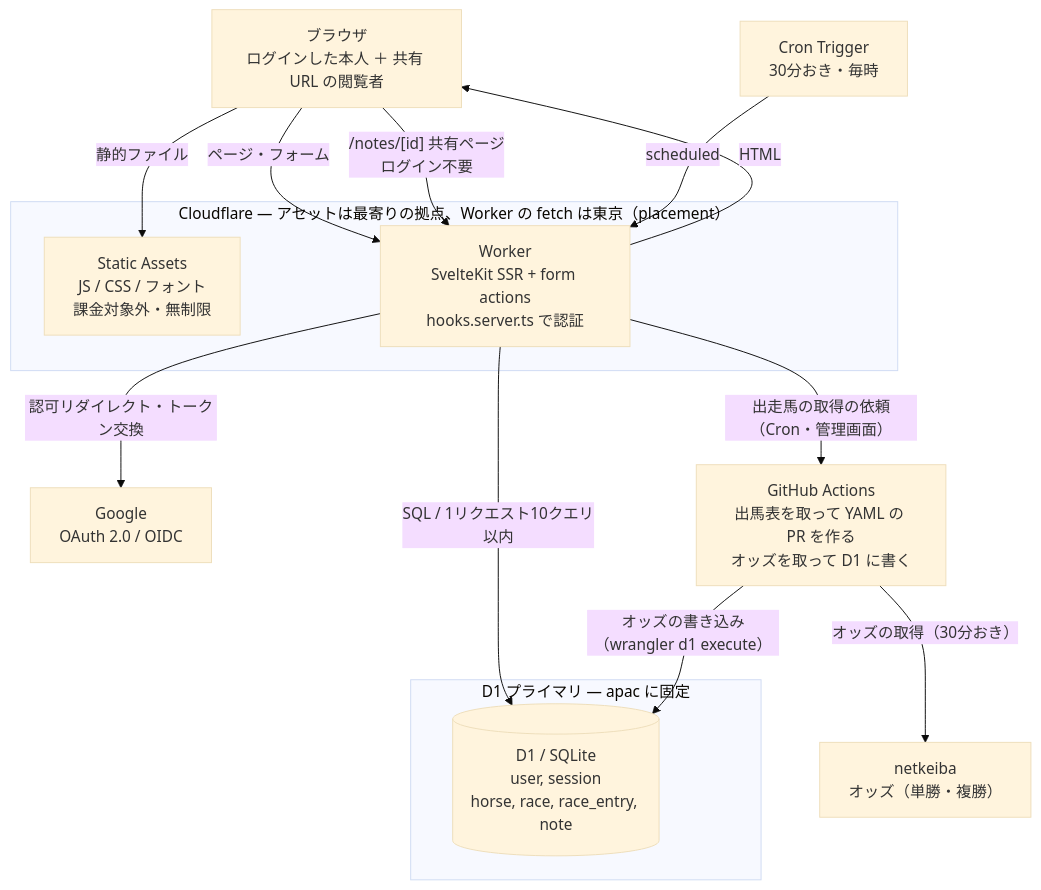
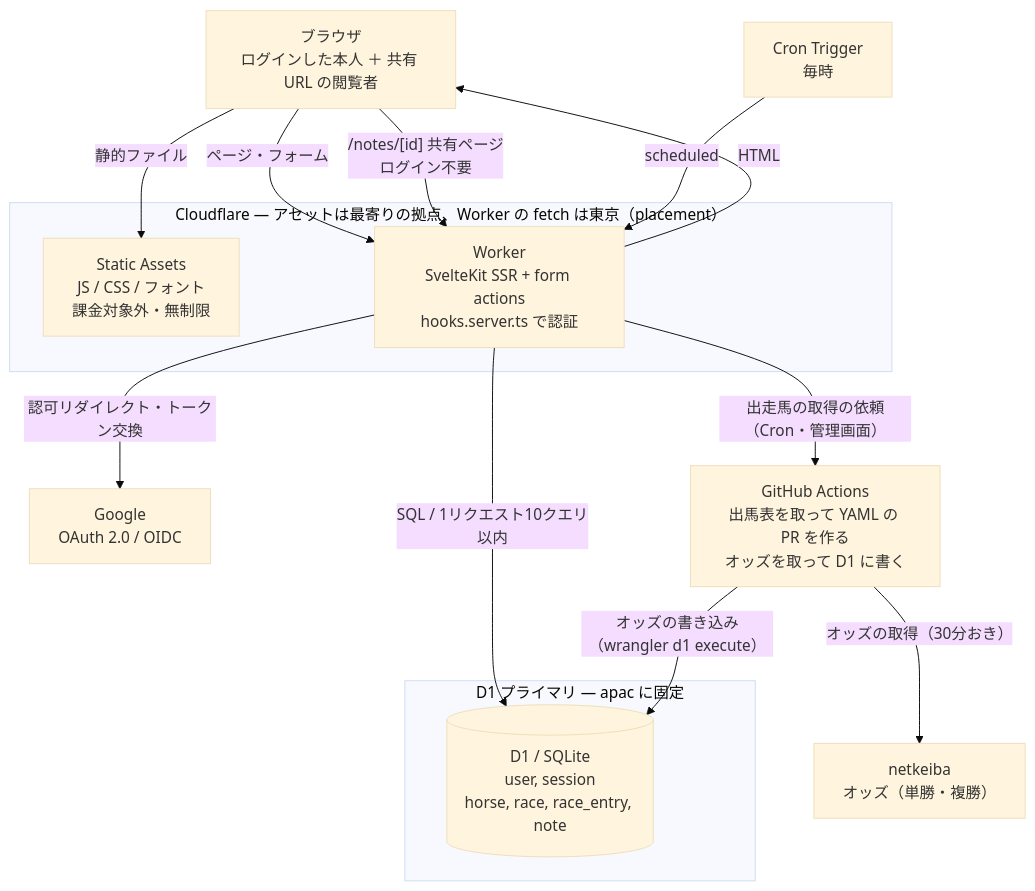
The first of 11 diagrams in docs/architecture.md (Atoyr/keiba-note), drawn with Mermaid (base theme) before and after one commit. The commit also changed other lines of this file and 5 other files, not shown here.

````diff
--- a/docs/architecture.md
+++ b/docs/architecture.md
@@ -74,29 +74,29 @@
 ```mermaid
 flowchart TB
     U["ブラウザ<br/>ログインした本人 ＋ 共有 URL の閲覧者"]
 
     subgraph CF["Cloudflare — アセットは最寄りの拠点、Worker の fetch は東京（placement）"]
         A["Static Assets<br/>JS / CSS / フォント<br/>課金対象外・無制限"]
         W["Worker<br/>SvelteKit SSR + form actions<br/>hooks.server.ts で認証"]
     end
 
     subgraph APAC["D1 プライマリ — apac に固定"]
         D[("D1 / SQLite<br/>user, session<br/>horse, race, race_entry, note")]
     end
 
     G["Google<br/>OAuth 2.0 / OIDC"]
     N["netkeiba<br/>オッズ（単勝・複勝）"]
     GH["GitHub Actions<br/>出馬表を取って YAML の PR を作る<br/>オッズを取って D1 に書く"]
-    CR["Cron Trigger<br/>30分おき・毎時"]
+    CR["Cron Trigger<br/>毎時"]
 
     U -->|"静的ファイル"| A
     U -->|"ページ・フォーム"| W
     U -->|"/notes/[id] 共有ページ<br/>ログイン不要"| W
     W -->|"SQL / 1リクエスト10クエリ以内"| D
     W -->|"認可リダイレクト・トークン交換"| G
     W -->|"HTML"| U
     CR -->|"scheduled"| W
     W -->|"出走馬の取得の依頼（Cron・管理画面）"| GH
     GH -->|"オッズの取得（30分おき）"| N
     GH -->|"オッズの書き込み（wrangler d1 execute）"| D
 ```
````
